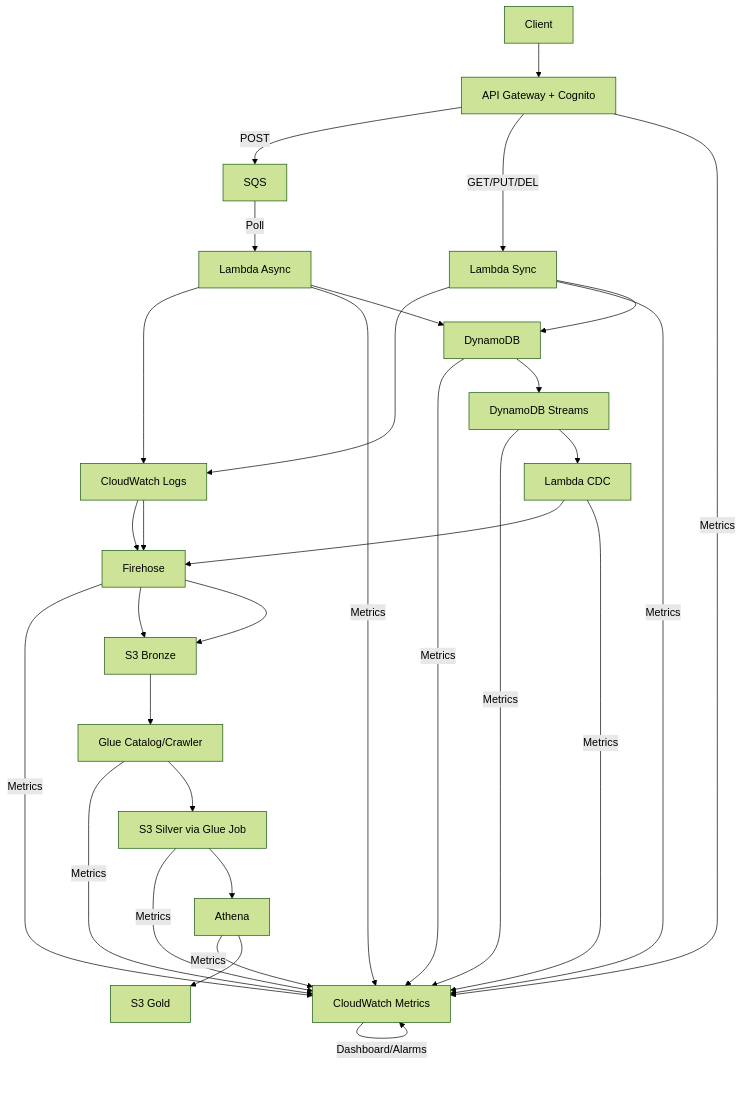
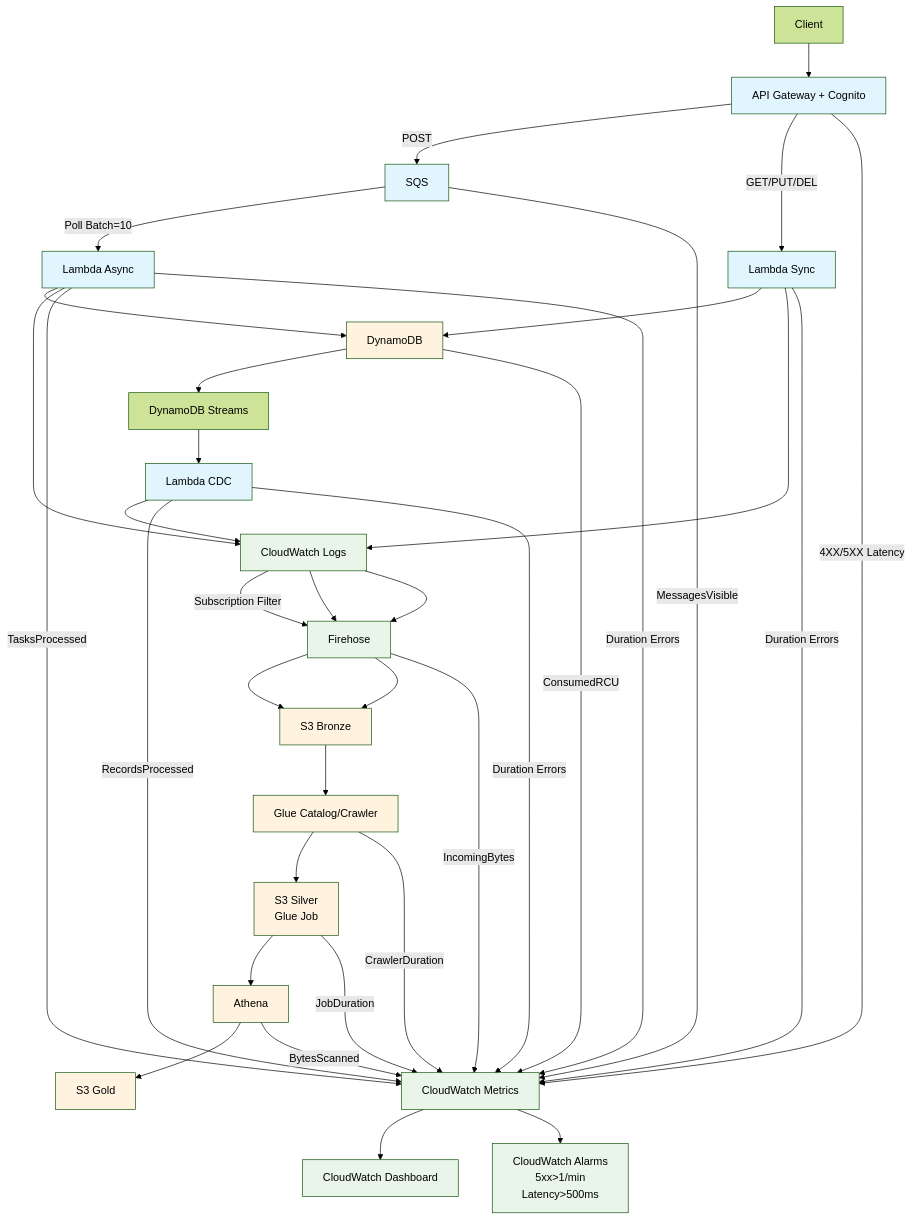
Before and after one commit to CoreosG/todo-api-with-insights: the diagram in docs/adrs/000-architecture-overview.md, drawn with Mermaid (forest theme). The commit also changed 1 other file, not shown here.

Commit message:
docs(diagram): restructure for layered observability and styling

````diff
--- a/docs/adrs/000-architecture-overview.md
+++ b/docs/adrs/000-architecture-overview.md
@@ -267,33 +267,61 @@
 ```mermaid
 graph TD
-       Client --> AG[API Gateway + Cognito]
-       AG -->|POST| SQS
-       AG -->|GET/PUT/DEL| L1[Lambda Sync]
-       L1 --> CW[CloudWatch Logs]
-       L1 --> |Metrics|CWM 
-       CW --> FH[Firehose]
-       FH --> |Metrics|CWM
-       FH --> S3B[S3 Bronze]
-       L1 --> DDB[DynamoDB]
-       AG -->|Metrics| CWM[CloudWatch Metrics]
-       SQS -->|Poll| L2[Lambda Async]
-       L2 --> CW
-       L2 --> |Metrics|CWM  
-       CW --> FH
-       L2 --> DDB
-       DDB --> |Metrics|CWM
-       DDB --> DS[DynamoDB Streams]
-       DS --> |Metrics|CWM
-       DS --> L3[Lambda CDC]
-       L3 --> FH
-       L3 --> |Metrics|CWM
-       FH --> S3B
-       S3B --> GC[Glue Catalog/Crawler]
-       GC --> |Metrics|CWM
-       GC --> GS[S3 Silver via Glue Job]
-       GS --> |Metrics|CWM
-       GS --> A
-       A[Athena] -->|Metrics| CWM
-       A --> GG[S3 Gold]
-       CWM -->|Dashboard/Alarms| CWM
+    Client --> AG[API Gateway + Cognito]
+    
+    %% API Layer
+    AG -->|POST| SQS
+    AG -->|GET/PUT/DEL| L1[Lambda Sync]
+    AG -->|4XX/5XX Latency| CWM[CloudWatch Metrics]
+    
+    %% Sync Lambda Flow
+    L1 --> DDB[DynamoDB]
+    L1 --> CW[CloudWatch Logs]
+    CW -->|Subscription Filter| FH[Firehose]
+    FH --> S3B[S3 Bronze]
+    
+    %% Async Flow
+    SQS -->|Poll Batch=10| L2[Lambda Async]
+    L2 --> DDB
+    L2 --> CW
+    CW --> FH
+    L2 -->|TasksProcessed| CWM
+    
+    %% CDC Flow
+    DDB --> DS[DynamoDB Streams]
+    DS --> L3[Lambda CDC]
+    L3 --> CW
+    CW --> FH
+    L3 -->|RecordsProcessed| CWM
+    FH --> S3B
+    
+    %% Data Lake
+    S3B --> GC[Glue Catalog/Crawler]
+    GC --> GS[S3 Silver<br/>Glue Job]
+    GS --> A[Athena]
+    A --> GG[S3 Gold]
+    
+    %% Observability Layer
+    L1 -->|Duration Errors| CWM
+    L2 -->|Duration Errors| CWM
+    L3 -->|Duration Errors| CWM
+    FH -->|IncomingBytes| CWM
+    DDB -->|ConsumedRCU| CWM
+    SQS -->|MessagesVisible| CWM
+    GC -->|CrawlerDuration| CWM
+    GS -->|JobDuration| CWM
+    A -->|BytesScanned| CWM
+    
+    %% Dashboard & Alarms
+    CWM --> Dashboard[CloudWatch Dashboard]
+    CWM --> Alarms[CloudWatch Alarms<br/>5xx>1/min<br/>Latency>500ms]
+    
+    %% Styling
+    classDef api fill:#e1f5fe
+    classDef data fill:#f3e5f5
+    classDef obs fill:#e8f5e8
+    classDef dlake fill:#fff3e0
+    
+    class AG,L1,L2,L3,SQS api
+    class DDB,S3B,GC,GS,A,GG dlake
+    class CW,FH,CWM,Alarms,Dashboard obs
 ```
````
